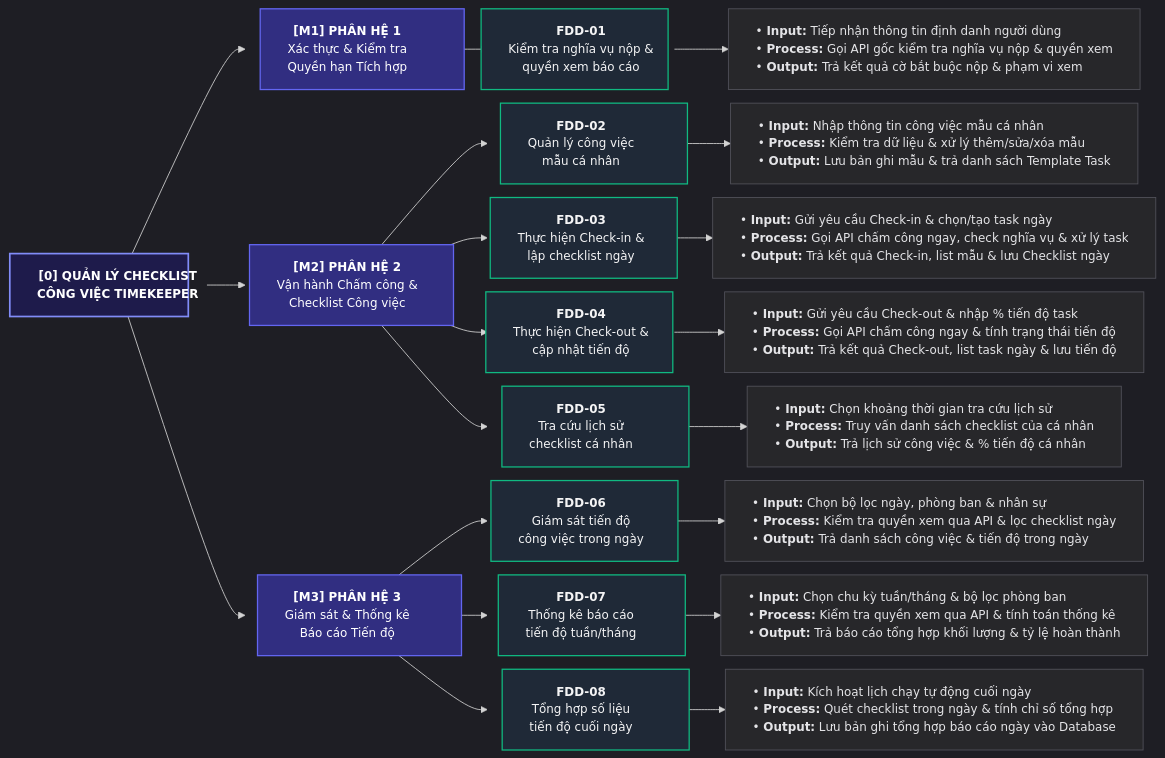
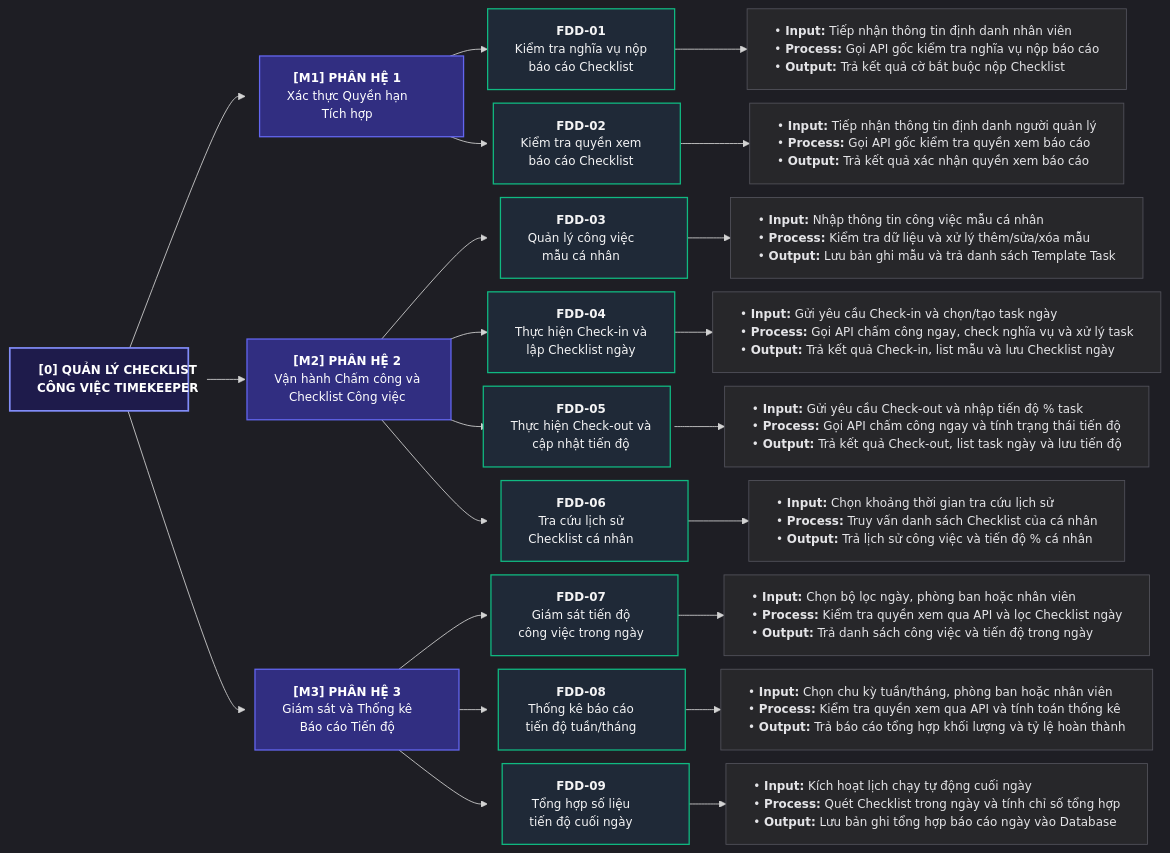
Before and after one commit to hungnm3112/project-timekeeper: the diagram in md/analysis/4-fdd-and-rbac.md, drawn with Mermaid. The commit also changed other lines of this file and 3 other files, not shown here.

````diff
--- a/md/analysis/4-fdd-and-rbac.md
+++ b/md/analysis/4-fdd-and-rbac.md
@@ -26,57 +24,67 @@
 ```mermaid
 %%{init: {
   'theme': 'dark',
   'themeVariables': { 'fontSize': '14px' },
   'flowchart': {
     'rankSpacing': 45,
     'nodeSpacing': 16,
     'padding': 16
   }
 }}%%
 flowchart LR
     %% Cấp 0: Root Node
     ROOT["<b>[0] QUẢN LÝ CHECKLIST<br/>CÔNG VIỆC TIMEKEEPER</b>"]
 
     %% Cấp 1: Các Phân hệ lớn (Động từ + Danh từ)
-    M1["<b>[M1] PHÂN HỆ 1</b><br/>Xác thực & Kiểm tra<br/>Quyền hạn Tích hợp"]
-    M2["<b>[M2] PHÂN HỆ 2</b><br/>Vận hành Chấm công &<br/>Checklist Công việc"]
-    M3["<b>[M3] PHÂN HỆ 3</b><br/>Giám sát & Thống kê<br/>Báo cáo Tiến độ"]
+    M1["<b>[M1] PHÂN HỆ 1</b><br/>Xác thực Quyền hạn<br/>Tích hợp"]
+    M2["<b>[M2] PHÂN HỆ 2</b><br/>Vận hành Chấm công và<br/>Checklist Công việc"]
+    M3["<b>[M3] PHÂN HỆ 3</b><br/>Giám sát và Thống kê<br/>Báo cáo Tiến độ"]
 
-    ROOT --> M1 & M2 & M3
+    ROOT --> M1
+    ROOT --> M2
+    ROOT --> M3
 
     %% Cấp 2: Chức năng nghiệp vụ đơn nhiệm (Động từ + Danh từ)
-    F01["<b>FDD-01</b><br/>Kiểm tra nghĩa vụ nộp &<br/>quyền xem báo cáo"]
+    F01["<b>FDD-01</b><br/>Kiểm tra nghĩa vụ nộp<br/>báo cáo Checklist"]
+    F02["<b>FDD-02</b><br/>Kiểm tra quyền xem<br/>báo cáo Checklist"]
     M1 --> F01
+    M1 --> F02
 
-    F02["<b>FDD-02</b><br/>Quản lý công việc<br/>mẫu cá nhân"]
-    F03["<b>FDD-03</b><br/>Thực hiện Check-in &<br/>lập checklist ngày"]
-    F04["<b>FDD-04</b><br/>Thực hiện Check-out &<br/>cập nhật tiến độ"]
-    F05["<b>FDD-05</b><br/>Tra cứu lịch sử<br/>checklist cá nhân"]
-    M2 --> F02 & F03 & F04 & F05
+    F03["<b>FDD-03</b><br/>Quản lý công việc<br/>mẫu cá nhân"]
+    F04["<b>FDD-04</b><br/>Thực hiện Check-in và<br/>lập Checklist ngày"]
+    F05["<b>FDD-05</b><br/>Thực hiện Check-out và<br/>cập nhật tiến độ"]
+    F06["<b>FDD-06</b><br/>Tra cứu lịch sử<br/>Checklist cá nhân"]
+    M2 --> F03
+    M2 --> F04
+    M2 --> F05
+    M2 --> F06
 
-    F06["<b>FDD-06</b><br/>Giám sát tiến độ<br/>công việc trong ngày"]
-    F07["<b>FDD-07</b><br/>Thống kê báo cáo<br/>tiến độ tuần/tháng"]
-    F08["<b>FDD-08</b><br/>Tổng hợp số liệu<br/>tiến độ cuối ngày"]
-    M3 --> F06 & F07 & F08
+    F07["<b>FDD-07</b><br/>Giám sát tiến độ<br/>công việc trong ngày"]
+    F08["<b>FDD-08</b><br/>Thống kê báo cáo<br/>tiến độ tuần/tháng"]
+    F09["<b>FDD-09</b><br/>Tổng hợp số liệu<br/>tiến độ cuối ngày"]
+    M3 --> F07
+    M3 --> F08
+    M3 --> F09
 
     %% Cấp 3: Tác vụ chi tiết - Nhịp IPO (Động từ + Danh từ)
-    F01 --> IPO01["• <b>Input:</b> Tiếp nhận thông tin định danh người dùng<br/>• <b>Process:</b> Gọi API gốc kiểm tra nghĩa vụ nộp & quyền xem<br/>• <b>Output:</b> Trả kết quả cờ bắt buộc nộp & phạm vi xem"]
-    F02 --> IPO02["• <b>Input:</b> Nhập thông tin công việc mẫu cá nhân<br/>• <b>Process:</b> Kiểm tra dữ liệu & xử lý thêm/sửa/xóa mẫu<br/>• <b>Output:</b> Lưu bản ghi mẫu & trả danh sách Template Task"]
-    F03 --> IPO03["• <b>Input:</b> Gửi yêu cầu Check-in & chọn/tạo task ngày<br/>• <b>Process:</b> Gọi API chấm công ngay, check nghĩa vụ & xử lý task<br/>• <b>Output:</b> Trả kết quả Check-in, list mẫu & lưu Checklist ngày"]
-    F04 --> IPO04["• <b>Input:</b> Gửi yêu cầu Check-out & nhập % tiến độ task<br/>• <b>Process:</b> Gọi API chấm công ngay & tính trạng thái tiến độ<br/>• <b>Output:</b> Trả kết quả Check-out, list task ngày & lưu tiến độ"]
-    F05 --> IPO05["• <b>Input:</b> Chọn khoảng thời gian tra cứu lịch sử<br/>• <b>Process:</b> Truy vấn danh sách checklist của cá nhân<br/>• <b>Output:</b> Trả lịch sử công việc & % tiến độ cá nhân"]
-    F06 --> IPO06["• <b>Input:</b> Chọn bộ lọc ngày, phòng ban & nhân sự<br/>• <b>Process:</b> Kiểm tra quyền xem qua API & lọc checklist ngày<br/>• <b>Output:</b> Trả danh sách công việc & tiến độ trong ngày"]
-    F07 --> IPO07["• <b>Input:</b> Chọn chu kỳ tuần/tháng & bộ lọc phòng ban<br/>• <b>Process:</b> Kiểm tra quyền xem qua API & tính toán thống kê<br/>• <b>Output:</b> Trả báo cáo tổng hợp khối lượng & tỷ lệ hoàn thành"]
-    F08 --> IPO08["• <b>Input:</b> Kích hoạt lịch chạy tự động cuối ngày<br/>• <b>Process:</b> Quét checklist trong ngày & tính chỉ số tổng hợp<br/>• <b>Output:</b> Lưu bản ghi tổng hợp báo cáo ngày vào Database"]
+    F01 --> IPO01["• <b>Input:</b> Tiếp nhận thông tin định danh nhân viên<br/>• <b>Process:</b> Gọi API gốc kiểm tra nghĩa vụ nộp báo cáo<br/>• <b>Output:</b> Trả kết quả cờ bắt buộc nộp Checklist"]
+    F02 --> IPO02["• <b>Input:</b> Tiếp nhận thông tin định danh người quản lý<br/>• <b>Process:</b> Gọi API gốc kiểm tra quyền xem báo cáo<br/>• <b>Output:</b> Trả kết quả xác nhận quyền xem báo cáo"]
+    F03 --> IPO03["• <b>Input:</b> Nhập thông tin công việc mẫu cá nhân<br/>• <b>Process:</b> Kiểm tra dữ liệu và xử lý thêm/sửa/xóa mẫu<br/>• <b>Output:</b> Lưu bản ghi mẫu và trả danh sách Template Task"]
+    F04 --> IPO04["• <b>Input:</b> Gửi yêu cầu Check-in và chọn/tạo task ngày<br/>• <b>Process:</b> Gọi API chấm công ngay, check nghĩa vụ và xử lý task<br/>• <b>Output:</b> Trả kết quả Check-in, list mẫu và lưu Checklist ngày"]
+    F05 --> IPO05["• <b>Input:</b> Gửi yêu cầu Check-out và nhập tiến độ % task<br/>• <b>Process:</b> Gọi API chấm công ngay và tính trạng thái tiến độ<br/>• <b>Output:</b> Trả kết quả Check-out, list task ngày và lưu tiến độ"]
+    F06 --> IPO06["• <b>Input:</b> Chọn khoảng thời gian tra cứu lịch sử<br/>• <b>Process:</b> Truy vấn danh sách Checklist của cá nhân<br/>• <b>Output:</b> Trả lịch sử công việc và tiến độ % cá nhân"]
+    F07 --> IPO07["• <b>Input:</b> Chọn bộ lọc ngày, phòng ban hoặc nhân viên<br/>• <b>Process:</b> Kiểm tra quyền xem qua API và lọc Checklist ngày<br/>• <b>Output:</b> Trả danh sách công việc và tiến độ trong ngày"]
+    F08 --> IPO08["• <b>Input:</b> Chọn chu kỳ tuần/tháng, phòng ban hoặc nhân viên<br/>• <b>Process:</b> Kiểm tra quyền xem qua API và tính toán thống kê<br/>• <b>Output:</b> Trả báo cáo tổng hợp khối lượng và tỷ lệ hoàn thành"]
+    F09 --> IPO09["• <b>Input:</b> Kích hoạt lịch chạy tự động cuối ngày<br/>• <b>Process:</b> Quét Checklist trong ngày và tính chỉ số tổng hợp<br/>• <b>Output:</b> Lưu bản ghi tổng hợp báo cáo ngày vào Database"]
 
     %% Cố định kích thước khung và độ rộng 4 cột
     classDef rootNode fill:#1e1b4b,stroke:#818cf8,stroke-width:2px,color:#ffffff,width:210px;
     classDef moduleNode fill:#312e81,stroke:#6366f1,stroke-width:1.5px,color:#ffffff,width:240px;
     classDef funcNode fill:#1f2937,stroke:#10b981,stroke-width:1.5px,color:#f4f4f5,width:220px;
     classDef ipoNode fill:#27272a,stroke:#52525b,stroke-width:1px,color:#e4e4e7,text-align:left,white-space:nowrap;
 
     class ROOT rootNode;
     class M1,M2,M3 moduleNode;
-    class F01,F02,F03,F04,F05,F06,F07,F08 funcNode;
-    class IPO01,IPO02,IPO03,IPO04,IPO05,IPO06,IPO07,IPO08 ipoNode;
+    class F01,F02,F03,F04,F05,F06,F07,F08,F09 funcNode;
+    class IPO01,IPO02,IPO03,IPO04,IPO05,IPO06,IPO07,IPO08,IPO09 ipoNode;
 ```
````
